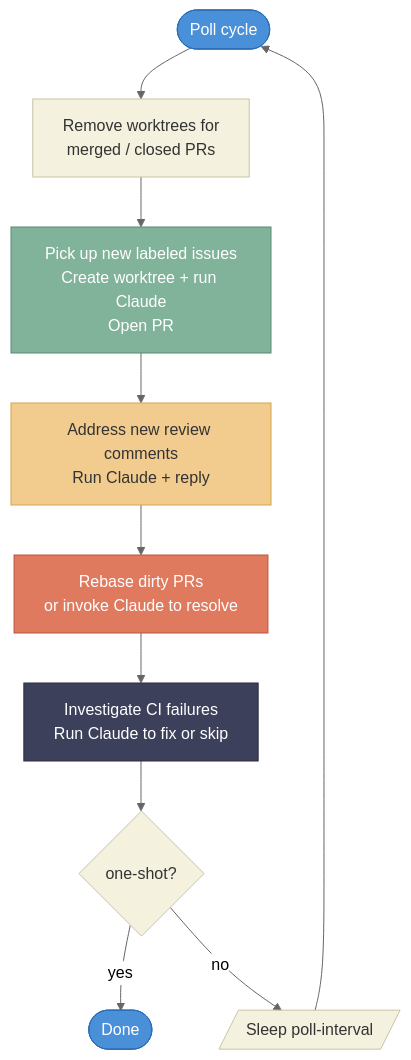
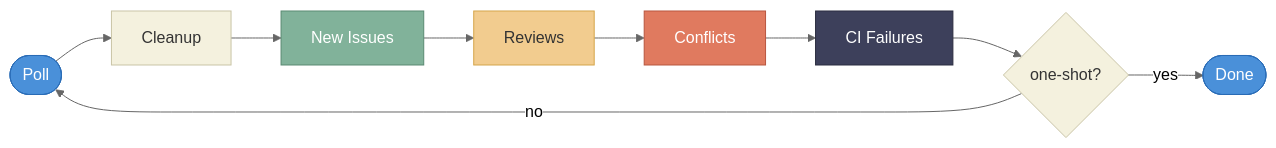
One commit to qinqon/github-issue-resolver changed the diagram in README.md. Above: the diagram before and after it, drawn with Mermaid (neutral theme).

Commit message:
Simplify loop diagram to high-level step names

````diff
--- a/README.md
+++ b/README.md
@@ -18,22 +18,15 @@
 ```mermaid
-flowchart TD
-    Start([Poll cycle]) --> Cleanup
-    Cleanup[Remove worktrees for\nmerged / closed PRs] --> Issues
-    Issues[Pick up new labeled issues\nCreate worktree + run Claude\nOpen PR] --> Reviews
-    Reviews[Address new review comments\nRun Claude + reply] --> Conflicts
-    Conflicts[Rebase dirty PRs\nor invoke Claude to resolve] --> CI
-    CI[Investigate CI failures\nRun Claude to fix or skip] --> OneShot{one-shot?}
-    OneShot -- yes --> Stop([Done])
-    OneShot -- no --> Sleep[/Sleep poll-interval/]
-    Sleep --> Start
+flowchart LR
+    A([Poll]) --> B[Cleanup] --> C[New Issues] --> D[Reviews] --> E[Conflicts] --> F[CI Failures] --> G{one-shot?}
+    G -- no --> A
+    G -- yes --> H([Done])
 
-    style Start fill:#4a90d9,stroke:#2a6cb6,color:#fff
-    style Cleanup fill:#f4f1de,stroke:#c9c4a6,color:#333
-    style Issues fill:#81b29a,stroke:#5a8a72,color:#fff
-    style Reviews fill:#f2cc8f,stroke:#d4a54a,color:#333
-    style Conflicts fill:#e07a5f,stroke:#b8563f,color:#fff
-    style CI fill:#3d405b,stroke:#2b2d40,color:#fff
-    style Sleep fill:#f4f1de,stroke:#c9c4a6,color:#333
-    style OneShot fill:#f4f1de,stroke:#c9c4a6,color:#333
-    style Stop fill:#4a90d9,stroke:#2a6cb6,color:#fff
+    style A fill:#4a90d9,stroke:#2a6cb6,color:#fff
+    style B fill:#f4f1de,stroke:#c9c4a6,color:#333
+    style C fill:#81b29a,stroke:#5a8a72,color:#fff
+    style D fill:#f2cc8f,stroke:#d4a54a,color:#333
+    style E fill:#e07a5f,stroke:#b8563f,color:#fff
+    style F fill:#3d405b,stroke:#2b2d40,color:#fff
+    style G fill:#f4f1de,stroke:#c9c4a6,color:#333
+    style H fill:#4a90d9,stroke:#2a6cb6,color:#fff
 ```
````
